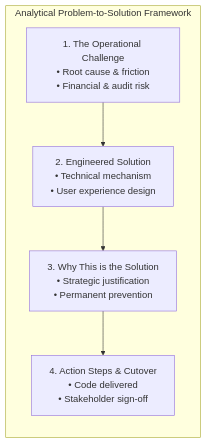
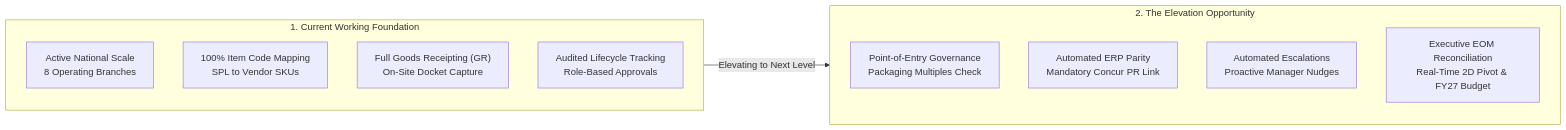
Before and after one commit to SPLGit-Project/ProcureFlow-App: the first of 3 diagrams in docs/PROCUREFLOW_DEVELOPMENT_ACTION_PLAN.md, drawn with Mermaid. The commit also changed other lines of this file, not shown here.

Commit message:
docs: add ProcureFlow operational strengths section and remove workshop/checklist sections

````diff
--- a/docs/PROCUREFLOW_DEVELOPMENT_ACTION_PLAN.md
+++ b/docs/PROCUREFLOW_DEVELOPMENT_ACTION_PLAN.md
@@ -24,8 +21,18 @@
 ```mermaid
 flowchart LR
-    subgraph Framework ["Analytical Problem-to-Solution Framework"]
-        A["1. The Operational Challenge<br/>• Root cause & friction<br/>• Financial & audit risk"] --> B["2. Engineered Solution<br/>• Technical mechanism<br/>• User experience design"]
-        B --> C["3. Why This is the Solution<br/>• Strategic justification<br/>• Permanent prevention"]
-        C --> D["4. Action Steps & Cutover<br/>• Code delivered<br/>• Stakeholder sign-off"]
+    subgraph Strength ["1. Current Working Foundation"]
+        A["Active National Scale<br/>8 Operating Branches"]
+        B["100% Item Code Mapping<br/>SPL to Vendor SKUs"]
+        C["Full Goods Receipting (GR)<br/>On-Site Docket Capture"]
+        D["Audited Lifecycle Tracking<br/>Role-Based Approvals"]
     end
+
+    subgraph Elevation ["2. The Elevation Opportunity"]
+        E["Point-of-Entry Governance<br/>Packaging Multiples Check"]
+        F["Automated ERP Parity<br/>Mandatory Concur PR Link"]
+        G["Automated Escalations<br/>Proactive Manager Nudges"]
+        H["Executive EOM Reconciliation<br/>Real-Time 2D Pivot & FY27 Budget"]
+    end
+
+    Strength -->|Elevating to Next Level| Elevation
 ```
````
